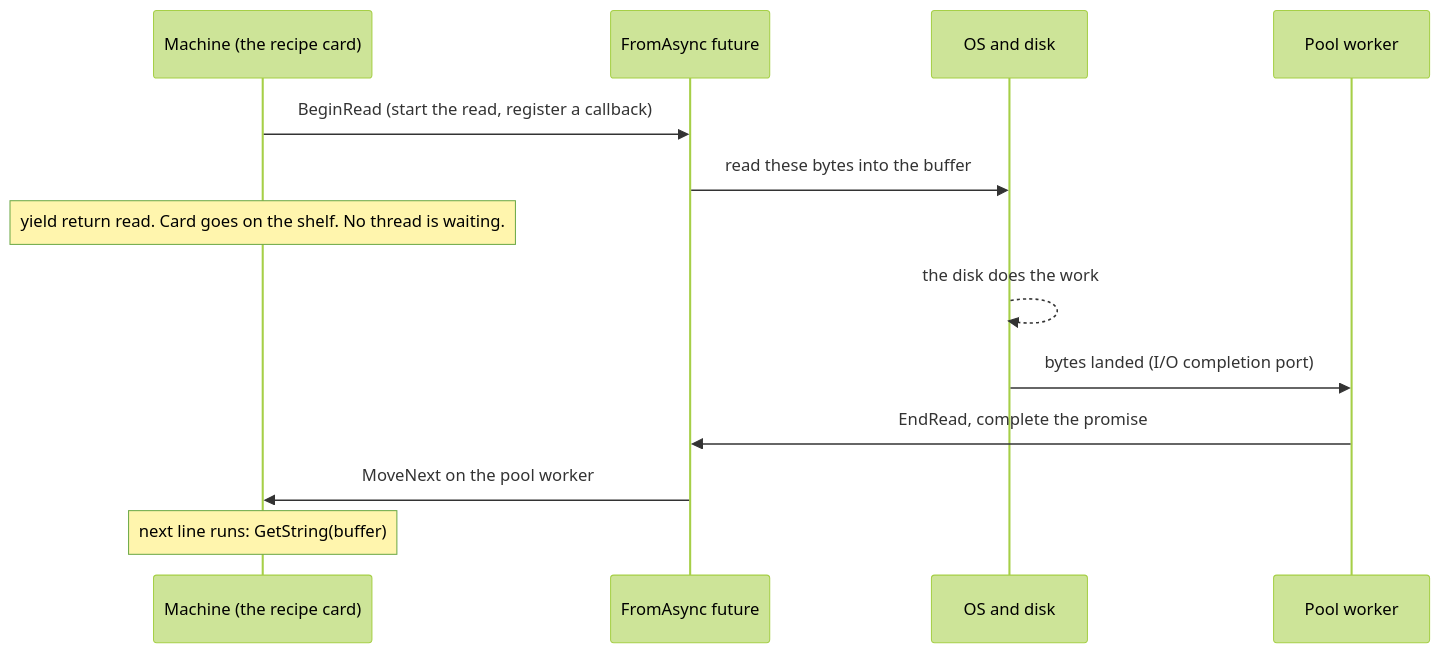
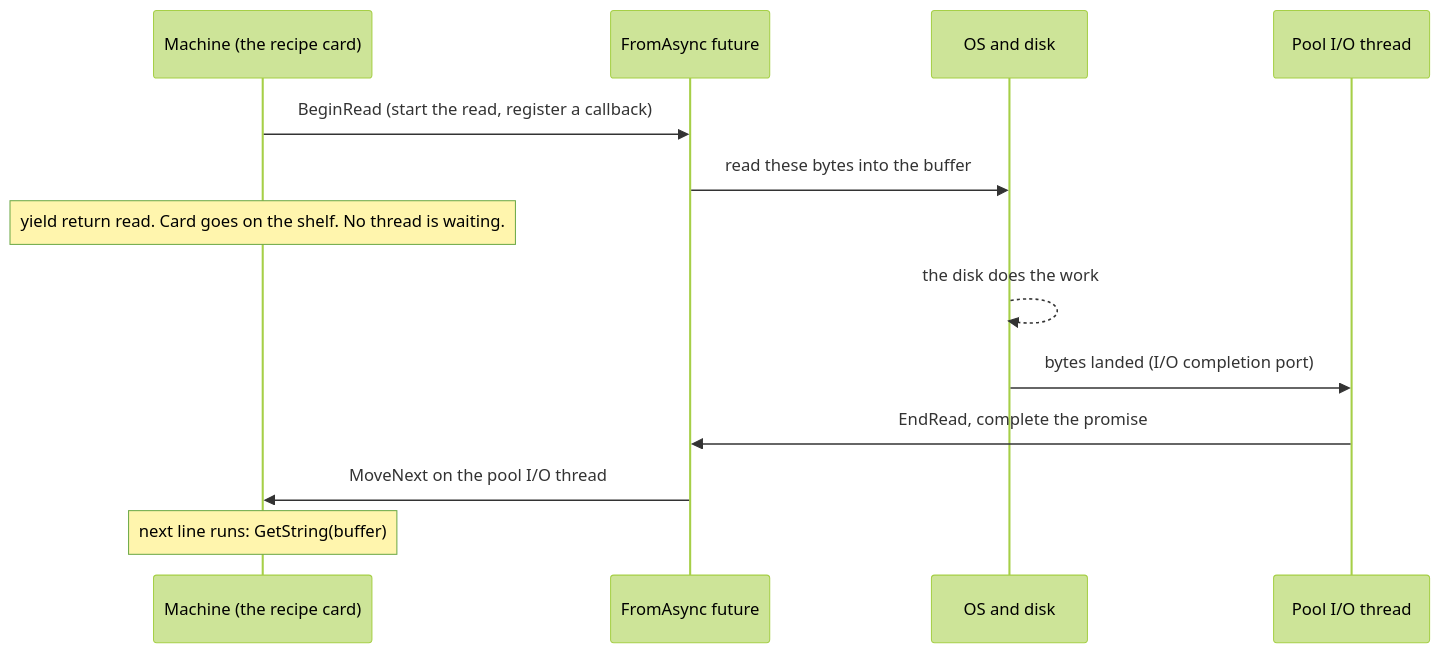
One commit to mmpworks/MMP.AsyncProxy changed the third of 3 diagrams in docs/course/06-threads-vs-the-machine.md. Above: the diagram before and after it, drawn with Mermaid (forest theme). The commit also changed other lines of this file and 72 other files, not shown here.

````diff
--- a/docs/course/06-threads-vs-the-machine.md
+++ b/docs/course/06-threads-vs-the-machine.md
@@ -281,15 +283,15 @@
 ```mermaid
 sequenceDiagram
     participant M as Machine (the recipe card)
     participant F as FromAsync future
     participant OS as OS and disk
-    participant P as Pool worker
+    participant P as Pool I/O thread
     M->>F: BeginRead (start the read, register a callback)
     F->>OS: read these bytes into the buffer
     Note over M: yield return read. Card goes on the shelf. No thread is waiting.
     OS-->>OS: the disk does the work
     OS->>P: bytes landed (I/O completion port)
     P->>F: EndRead, complete the promise
-    F->>M: MoveNext on the pool worker
+    F->>M: MoveNext on the pool I/O thread
     Note over M: next line runs: GetString(buffer)
 ```
````
